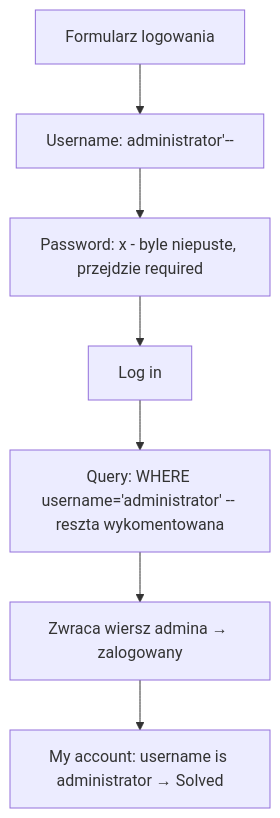
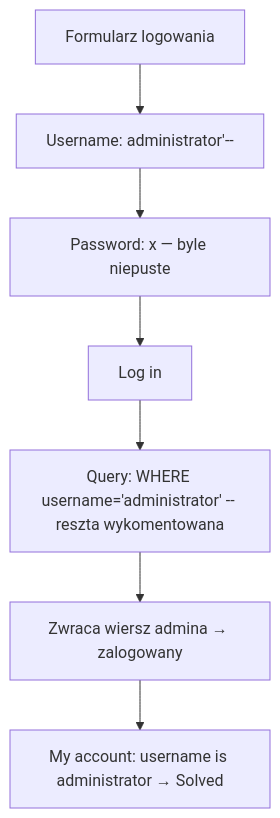
Before and after one commit to DrCondor/portswigger-labs: the diagram in sql-injection/02-login-bypass.md, drawn with Mermaid. The commit also changed other lines of this file and 2 other files, not shown here.

````diff
--- a/sql-injection/02-login-bypass.md
+++ b/sql-injection/02-login-bypass.md
@@ -60,9 +43,9 @@
 ```mermaid
 flowchart TD
     A[Formularz logowania] --> B[Username: administrator'--]
-    B --> C[Password: x - byle niepuste, przejdzie required]
+    B --> C[Password: x — byle niepuste]
     C --> D[Log in]
-    D --> E[Query: WHERE username='administrator' -- reszta wykomentowana]
+    D --> E["Query: WHERE username='administrator' -- reszta wykomentowana"]
     E --> F[Zwraca wiersz admina → zalogowany]
     F --> G[My account: username is administrator → Solved]
 ```
````
